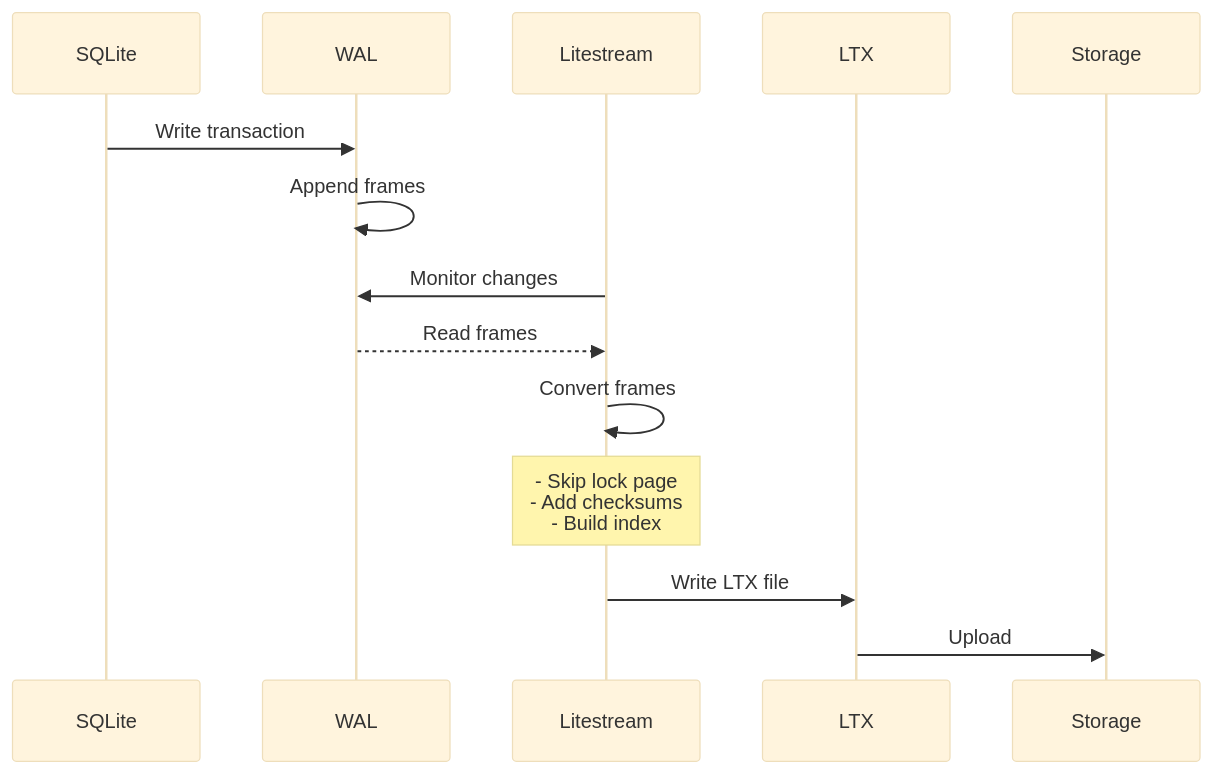
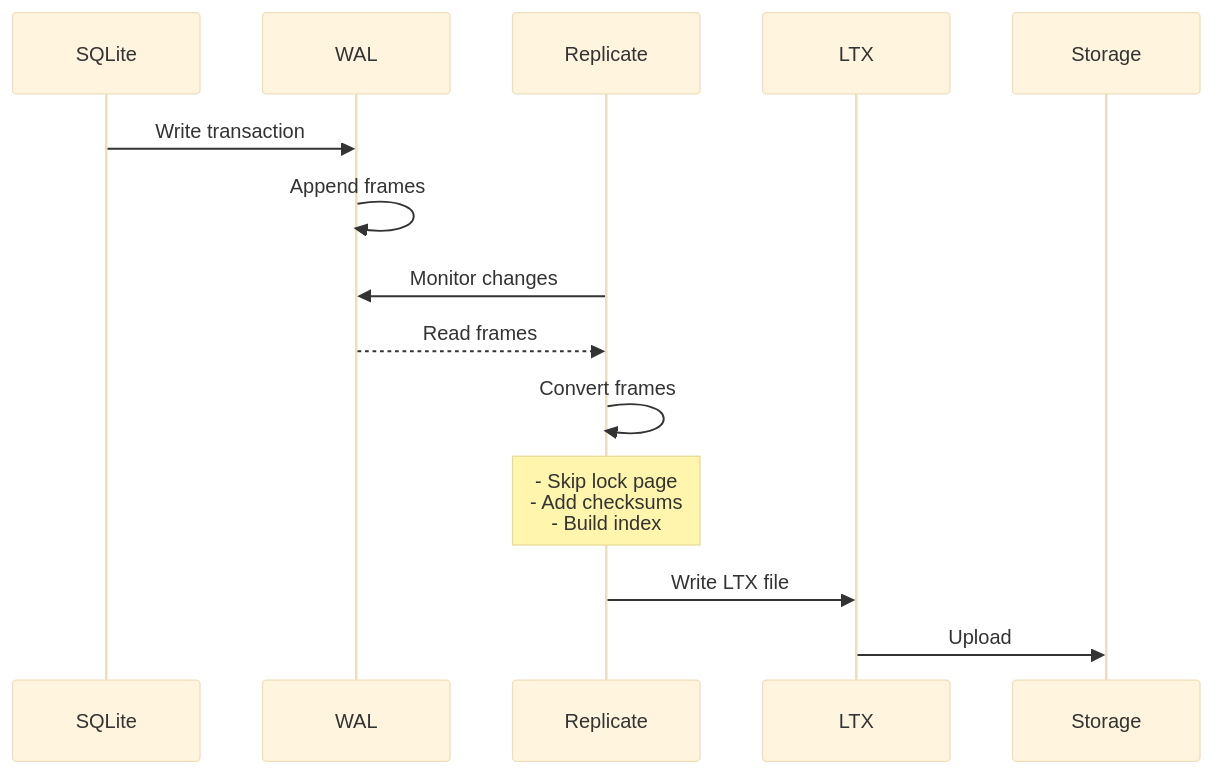
Before and after one commit to hanzoai/replicate: the second of 2 diagrams in docs/LTX_FORMAT.md, drawn with Mermaid (base theme). The commit also changed other lines of this file and 262 other files, not shown here.

First line of the commit message:
rebrand: complete litestream -> replicate rename

````diff
--- a/docs/LTX_FORMAT.md
+++ b/docs/LTX_FORMAT.md
@@ -508,19 +508,19 @@
 ```mermaid
 sequenceDiagram
     participant SQLite
     participant WAL
-    participant Litestream
+    participant Replicate
     participant LTX
 
     SQLite->>WAL: Write transaction
     WAL->>WAL: Append frames
 
-    Litestream->>WAL: Monitor changes
-    WAL-->>Litestream: Read frames
+    Replicate->>WAL: Monitor changes
+    WAL-->>Replicate: Read frames
 
-    Litestream->>Litestream: Convert frames
-    Note over Litestream: - Skip lock page<br/>- Add checksums<br/>- Build index
+    Replicate->>Replicate: Convert frames
+    Note over Replicate: - Skip lock page<br/>- Add checksums<br/>- Build index
 
-    Litestream->>LTX: Write LTX file
+    Replicate->>LTX: Write LTX file
     LTX->>Storage: Upload
 ```
````
